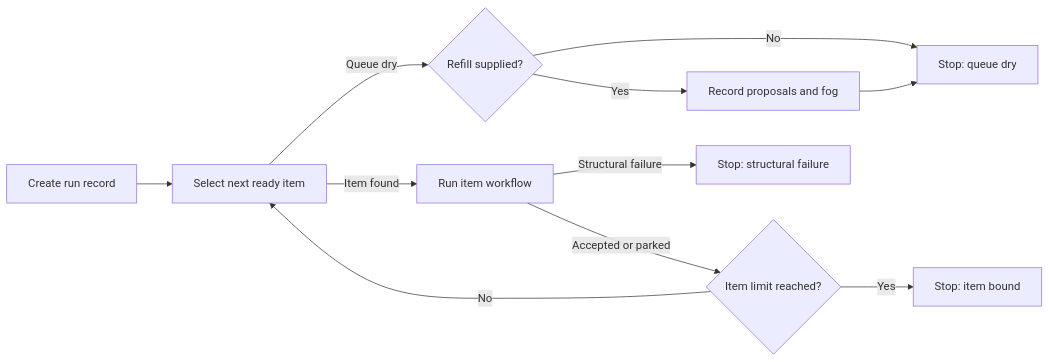
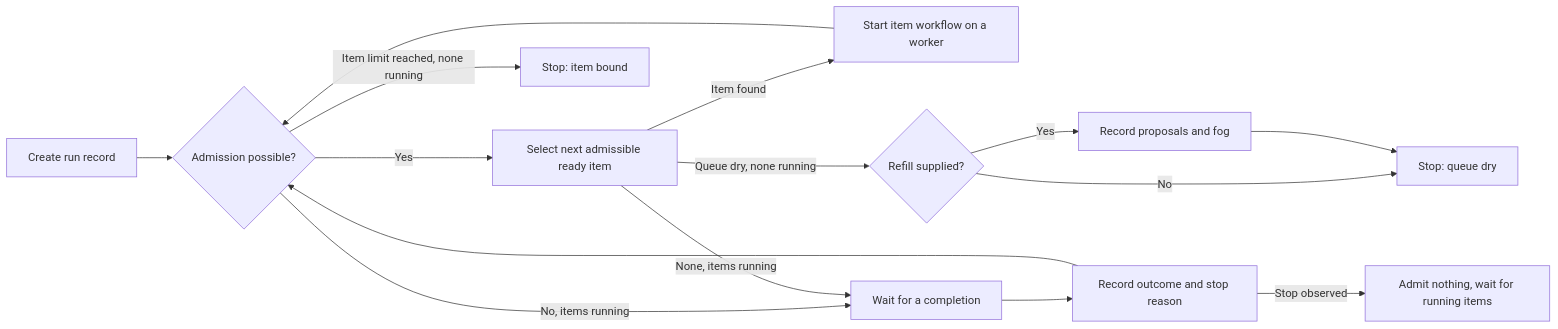
The second of 2 diagrams in docs/architecture.md (antikas/autobuild-factory), drawn with Mermaid before and after one commit. The commit also changed other lines of this file and 68 other files, not shown here.

````diff
--- a/docs/architecture.md
+++ b/docs/architecture.md
@@ -102,13 +108,17 @@
 ```mermaid
 flowchart LR
-    Start[Create run record] --> Select[Select next ready item]
-    Select -->|Item found| Item[Run item workflow]
-    Item -->|Accepted or parked| Bound{Item limit reached?}
-    Bound -->|No| Select
-    Bound -->|Yes| StopBound[Stop: item bound]
-    Select -->|Queue dry| Refill{Refill supplied?}
+    Start[Create run record] --> Admit{Admission possible?}
+    Admit -->|Yes| Select[Select next admissible ready item]
+    Select -->|Item found| Worker[Start item workflow on a worker]
+    Worker --> Admit
+    Admit -->|No, items running| Wait[Wait for a completion]
+    Select -->|None, items running| Wait
+    Wait --> Record[Record outcome and stop reason]
+    Record --> Admit
+    Admit -->|Item limit reached, none running| StopBound[Stop: item bound]
+    Select -->|Queue dry, none running| Refill{Refill supplied?}
     Refill -->|Yes| Propose[Record proposals and fog]
     Refill -->|No| StopDry[Stop: queue dry]
     Propose --> StopDry
-    Item -->|Structural failure| StopFailure[Stop: structural failure]
+    Record -->|Stop observed| Drain[Admit nothing, wait for running items]
 ```
````
